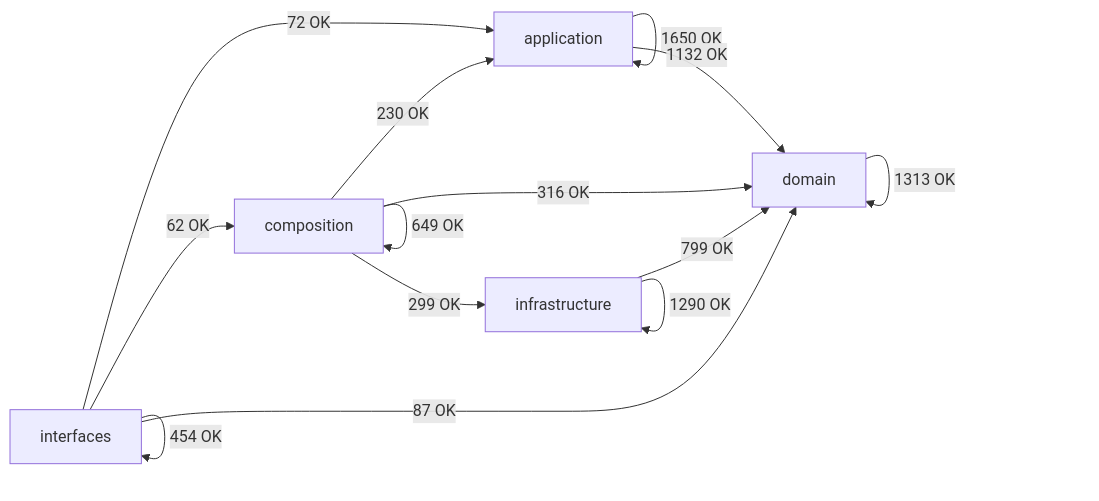
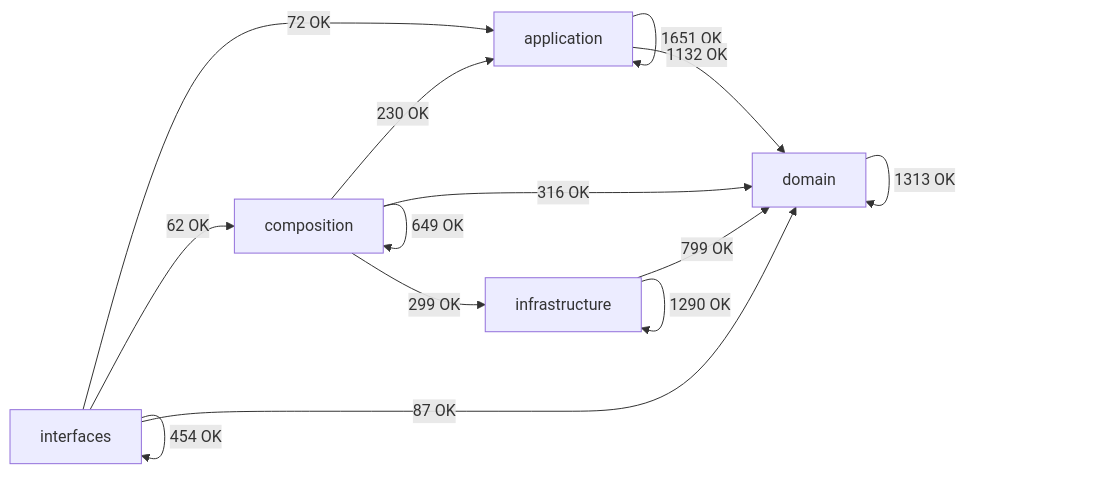
Before and after one commit to SatoryKono/BioactivityDataAcquisition: the diagram in docs/02-architecture/generated/module-dependency-map.md, drawn with Mermaid. The commit also changed other lines of this file and 34 other files, not shown here.

````diff
--- a/docs/02-architecture/generated/module-dependency-map.md
+++ b/docs/02-architecture/generated/module-dependency-map.md
@@ -17,21 +17,21 @@
 ```mermaid
 flowchart LR
     domain[domain]
     application[application]
     infrastructure[infrastructure]
     composition[composition]
     interfaces[interfaces]
-    application -->|1650 OK| application
+    application -->|1651 OK| application
     application -->|1132 OK| domain
     composition -->|230 OK| application
     composition -->|649 OK| composition
     composition -->|316 OK| domain
     composition -->|299 OK| infrastructure
     domain -->|1313 OK| domain
     infrastructure -->|799 OK| domain
     infrastructure -->|1290 OK| infrastructure
     interfaces -->|72 OK| application
     interfaces -->|62 OK| composition
     interfaces -->|87 OK| domain
     interfaces -->|454 OK| interfaces
 ```
````
